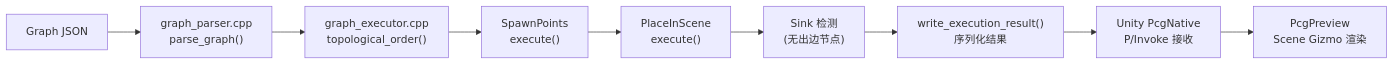
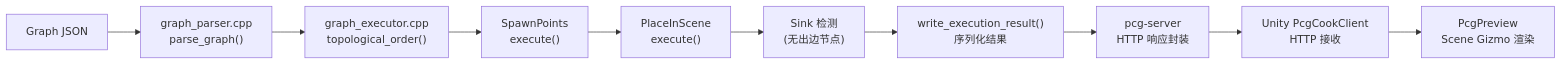
One commit to DJ-Huang/PCG-AI changed the diagram in docs/Tutorials/00-overview.md. Above: the diagram before and after it, drawn with Mermaid. The commit also changed other lines of this file and 668 other files, not shown here.

````diff
--- a/docs/Tutorials/00-overview.md
+++ b/docs/Tutorials/00-overview.md
@@ -75,11 +76,12 @@
 ```mermaid
 flowchart LR
     J["Graph JSON"] --> P["graph_parser.cpp<br/>parse_graph()"]
     P --> T["graph_executor.cpp<br/>topological_order()"]
     T --> E1["SpawnPoints<br/>execute()"]
     E1 --> E2["PlaceInScene<br/>execute()"]
     E2 --> S["Sink 检测<br/>(无出边节点)"]
     S --> R["write_execution_result()<br/>序列化结果"]
-    R --> U["Unity PcgNative<br/>P/Invoke 接收"]
+    R --> H["pcg-server<br/>HTTP 响应封装"]
+    H --> U["Unity PcgCookClient<br/>HTTP 接收"]
     U --> PR["PcgPreview<br/>Scene Gizmo 渲染"]
 ```
````
